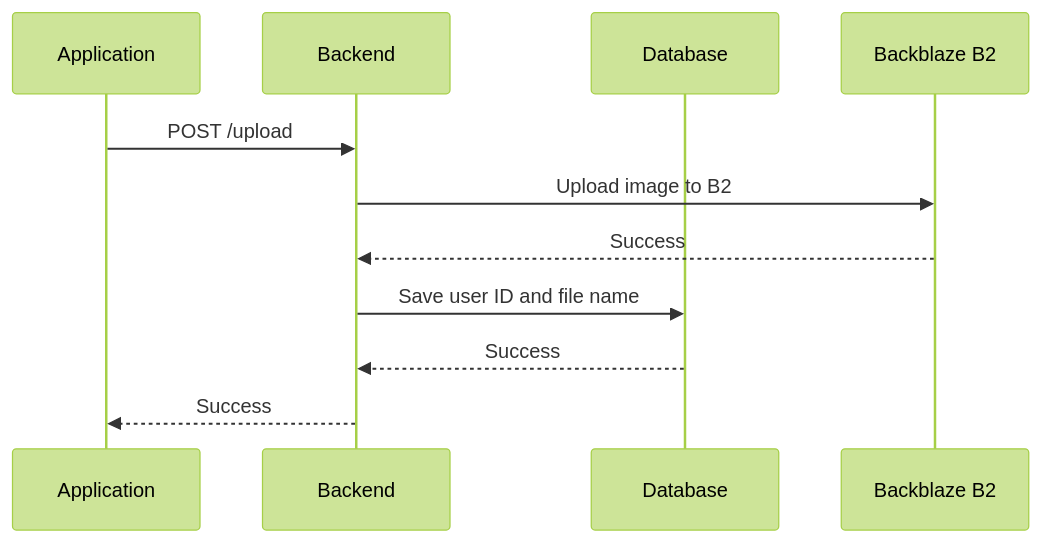
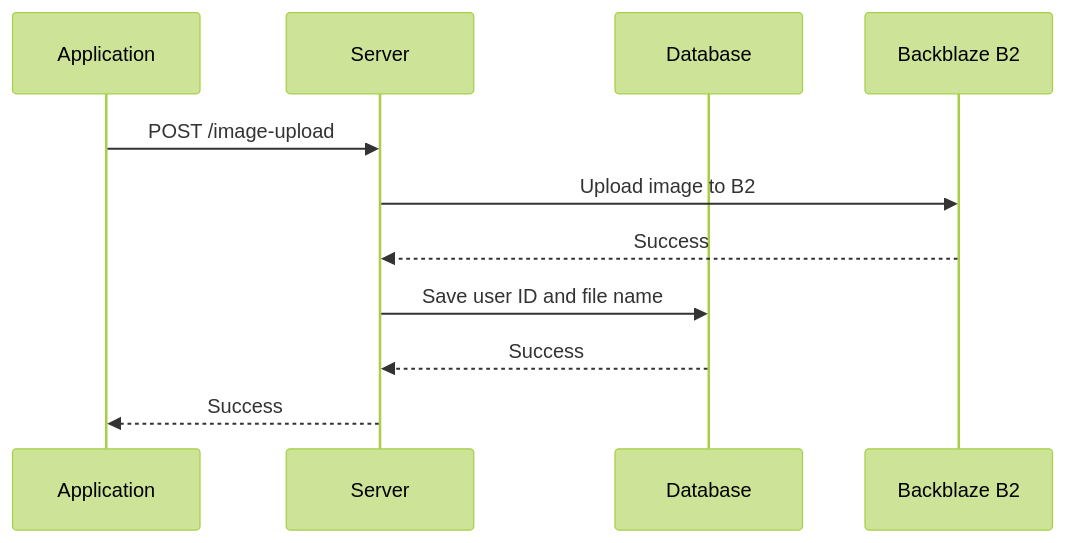
One commit to BTI-US/PhotoEditor-Server changed the first of 7 diagrams in README.md. Above: the diagram before and after it, drawn with Mermaid (forest theme). The commit also changed other lines of this file and 6 other files, not shown here.

````diff
--- a/README.md
+++ b/README.md
@@ -16,14 +32,14 @@
 ```mermaid
 sequenceDiagram
     participant APP as Application
-    participant BE as Backend
+    participant BE as Server
     participant DB as Database
     participant B2 as Backblaze B2
 
-    APP->>BE: POST /upload
+    APP->>BE: POST /image-upload
     BE->>B2: Upload image to B2
     B2-->>BE: Success
     BE->>DB: Save user ID and file name
     DB-->>BE: Success
     BE-->>APP: Success
 ```
````
